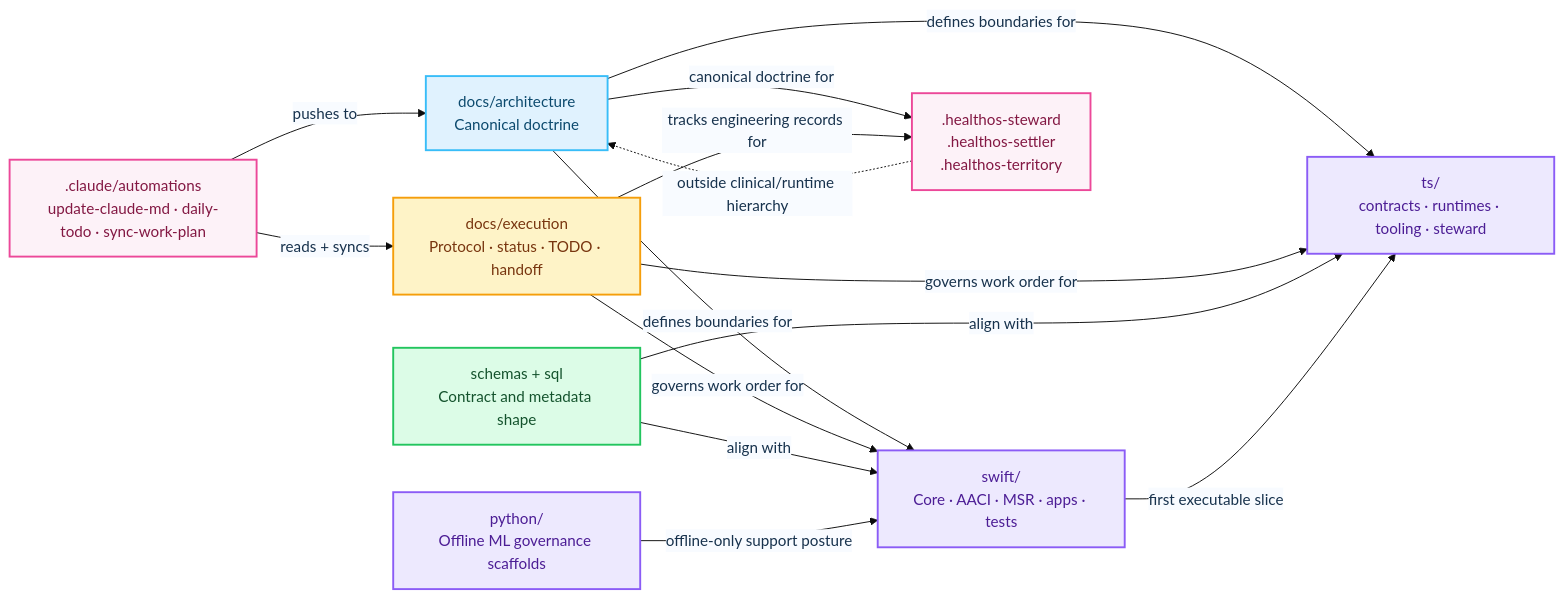
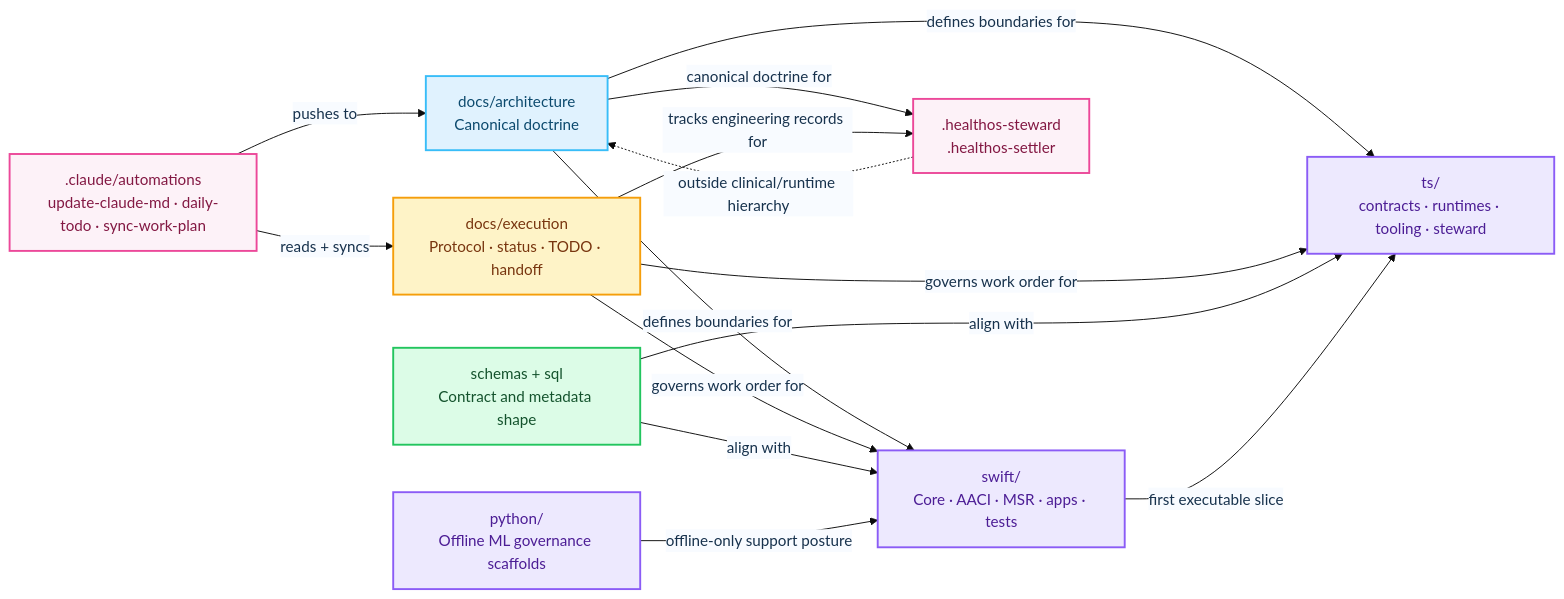
Before and after one commit to myselfgus/HealthOScaffold: the eighth of 11 diagrams in README.md, drawn with Mermaid. The commit also changed other lines of this file and 2 other files, not shown here.

````diff
--- a/README.md
+++ b/README.md
@@ -512,32 +516,32 @@
 ```mermaid
 %%{init: {'theme': 'base', 'themeVariables': {'primaryColor': '#f5faff', 'primaryBorderColor': '#c6ddf5', 'primaryTextColor': '#17324d', 'clusterBkg': '#ffffff', 'clusterBorder': '#dbeafe', 'titleColor': '#0f172a', 'edgeLabelBackground': '#f8fbff', 'fontFamily': 'ui-rounded, -apple-system, BlinkMacSystemFont, sans-serif'}}}%%
 graph LR
     classDef docs  fill:#e0f2fe,stroke:#38bdf8,stroke-width:2px,color:#0c4a6e
     classDef exec  fill:#fef3c7,stroke:#f59e0b,stroke-width:2px,color:#78350f
     classDef code  fill:#ede9fe,stroke:#8b5cf6,stroke-width:2px,color:#4c1d95
     classDef data  fill:#dcfce7,stroke:#22c55e,stroke-width:2px,color:#14532d
     classDef agent fill:#fdf2f8,stroke:#ec4899,stroke-width:2px,color:#831843
 
     D[docs/architecture\nCanonical doctrine]:::docs
     E[docs/execution\nProtocol · status · TODO · handoff]:::exec
     S[schemas + sql\nContract and metadata shape]:::data
     W[swift/\nCore · AACI · MSR · apps · tests]:::code
     T[ts/\ncontracts · runtimes · tooling · steward]:::code
     P[python/\nOffline ML governance scaffolds]:::code
-    EG[.healthos-steward\n.healthos-settler\n.healthos-territory]:::agent
+    EG[.healthos-steward\n.healthos-settler]:::agent
     AU[.claude/automations\nupdate-claude-md · daily-todo · sync-work-plan]:::agent
 
     D -->|defines boundaries for| W
     D -->|defines boundaries for| T
     D -->|canonical doctrine for| EG
     E -->|governs work order for| W
     E -->|governs work order for| T
     E -->|tracks engineering records for| EG
     S -->|align with| W
     S -->|align with| T
     W -->|first executable slice| T
     P -->|offline-only support posture| W
     EG -. outside clinical/runtime hierarchy .-> D
     AU -->|reads + syncs| E
     AU -->|pushes to| D
 ```
````
